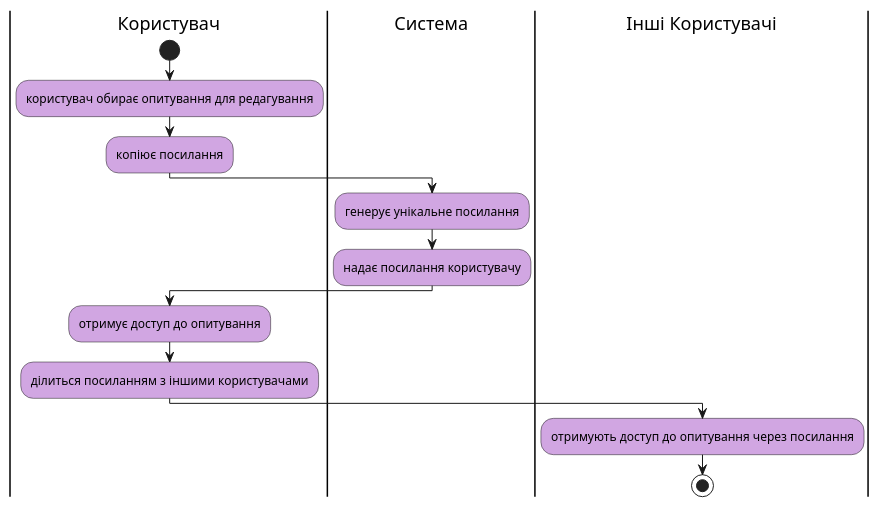
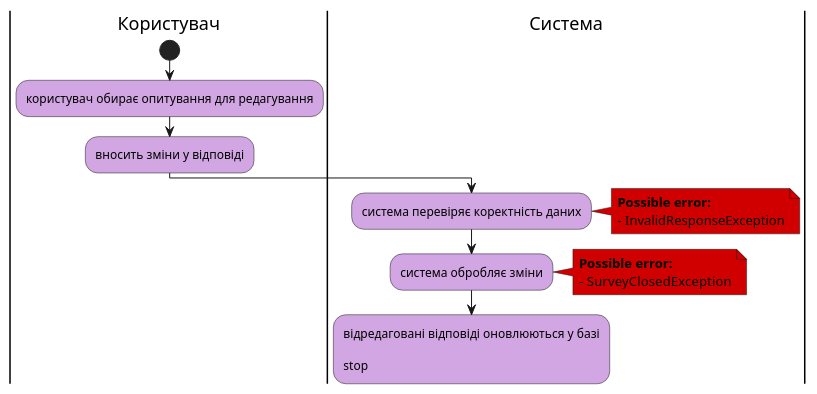
One commit to sunnytea0/db_labs_my changed the sixth of 8 diagrams in docs/use cases/README.md. Above: the diagram before and after it, drawn with PlantUML. The commit also changed other lines of this file, not shown here.

```diff
--- a/docs/use cases/README.md
+++ b/docs/use cases/README.md
@@ -232,21 +232,28 @@
 @startuml
 
     skinparam ActivityBackgroundColor #d1a6e2
 
     |Користувач|
     start;
     :користувач обирає опитування для редагування;
-    :копіює посилання;
+    :вносить зміни у відповіді;
+
+
     |Система|
-    :генерує унікальне посилання;
-    :надає посилання користувачу;
-    |Користувач|
-    :отримує доступ до опитування;
-    :ділиться посиланням з іншими користувачами;
+    :система перевіряє коректність даних;
+    note right #D10000
+    <b>Possible error:
+    - InvalidResponseException
+    end note
+    :система обробляє зміни;
 
-    |Інші Користувачі|
-    :отримують доступ до опитування через посилання;
+    note right #D10000
+    <b>Possible error:
+    -  SurveyClosedException
+    end note
+
+    :відредаговані відповіді оновлюються у базі
 
     stop;
 
 @enduml
```
